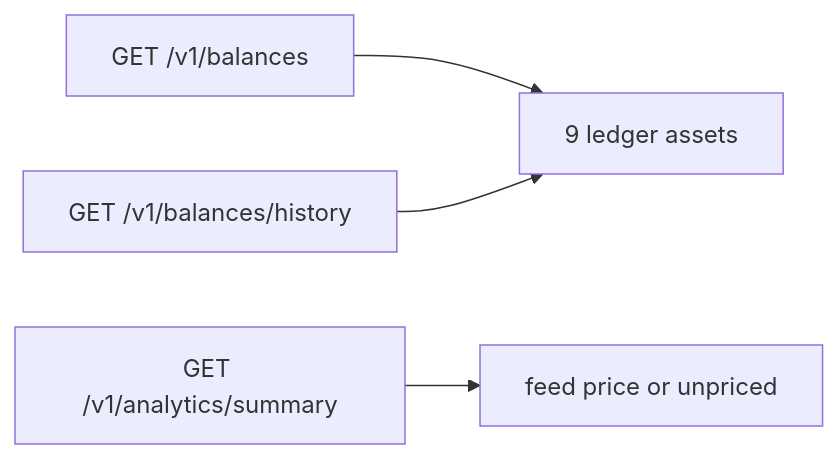
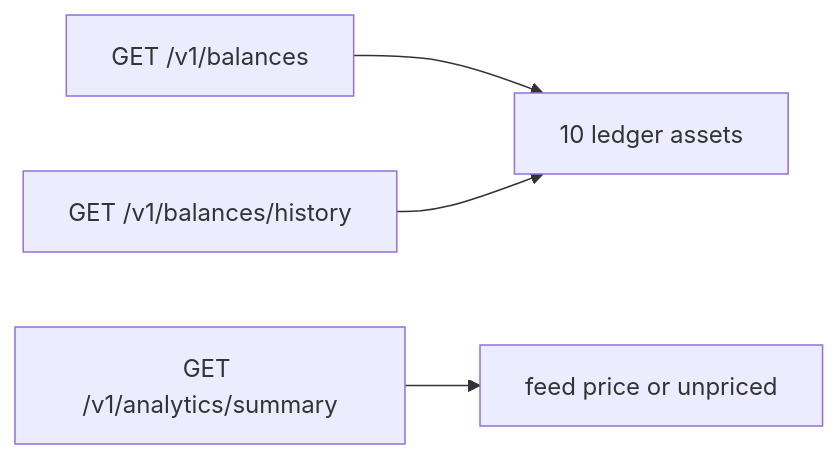
The diagram in en/guides/fiat-ledger-assets.mdx (CBpayapp/cbpay-docs), drawn with Mermaid before and after one commit. The commit also changed other lines of this file and 135 other files, not shown here.

````diff
--- a/en/guides/fiat-ledger-assets.mdx
+++ b/en/guides/fiat-ledger-assets.mdx
@@ -16,6 +16,6 @@
 ```mermaid
 flowchart LR
-  balances["GET /v1/balances"] --> ledger["9 ledger assets"]
+  balances["GET /v1/balances"] --> ledger["10 ledger assets"]
   history["GET /v1/balances/history"] --> ledger
   analytics["GET /v1/analytics/summary"] --> valuation["feed price or unpriced"]
 ```
````
